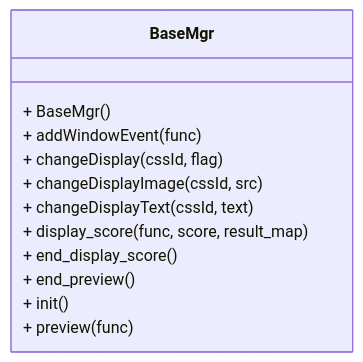
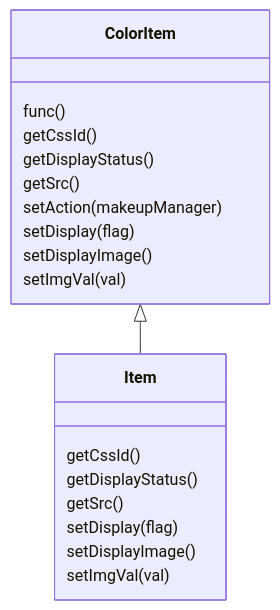
One commit to data2coordi/pub_makeup changed the second of 2 diagrams in README.md. Above: the diagram before and after it, drawn with Mermaid.

````diff
--- a/README.md
+++ b/README.md
@@ -30,15 +30,24 @@
 ```mermaid
 classDiagram
-class BaseMgr {
-+ BaseMgr()
-+ addWindowEvent(func)
-+ changeDisplay(cssId, flag)
-+ changeDisplayImage(cssId, src)
-+ changeDisplayText(cssId, text)
-+ display_score(func, score, result_map)
-+ end_display_score()
-+ end_preview()
-+ init()
-+ preview(func)
+class ColorItem {
+func()
+getCssId()
+getDisplayStatus()
+getSrc()
+setAction(makeupManager)
+setDisplay(flag)
+setDisplayImage()
+setImgVal(val)
 }
+
+class Item {
+getCssId()
+getDisplayStatus()
+getSrc()
+setDisplay(flag)
+setDisplayImage()
+setImgVal(val)
+}
+
+ColorItem <|-- Item
 ```
````
